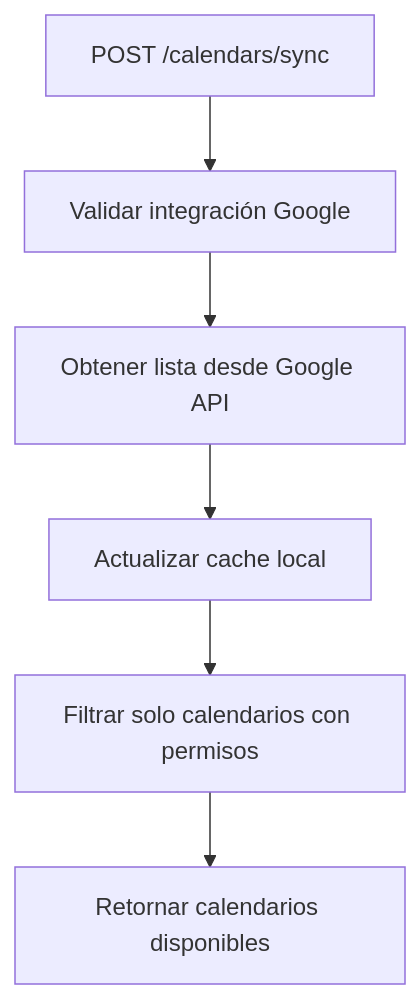
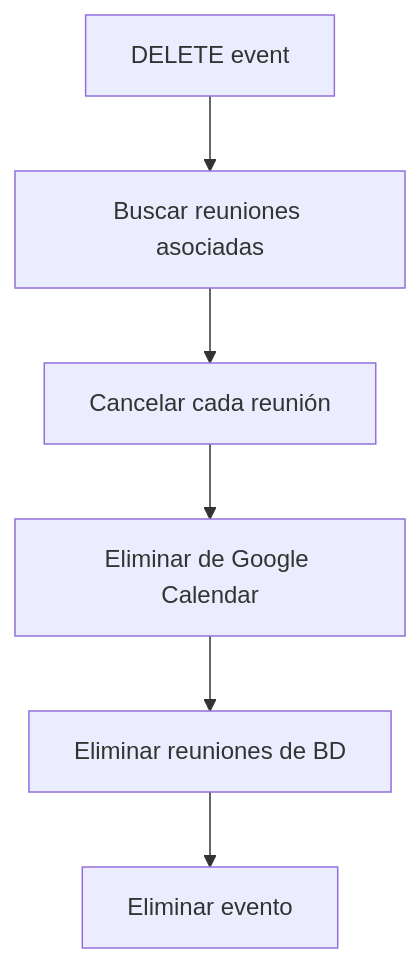
The third of 3 diagrams in README.md (gbandala/cal-backend-v2), drawn with Mermaid before and after one commit. The commit also changed other lines of this file and 1 other file, not shown here.

````diff
--- a/README.md
+++ b/README.md
@@ -260,8 +228,8 @@
 ```mermaid
 graph TD
-    A[POST /calendars/sync] --> B[Validar integración Google]
-    B --> C[Obtener lista desde Google API]
-    C --> D[Actualizar cache local]
-    D --> E[Filtrar solo calendarios con permisos]
-    E --> F[Retornar calendarios disponibles]
+    A[DELETE event] --> B[Buscar reuniones asociadas]
+    B --> C[Cancelar cada reunión]
+    C --> D[Eliminar de Google Calendar]
+    D --> E[Eliminar reuniones de BD]
+    E --> F[Eliminar evento]
 ```
````
